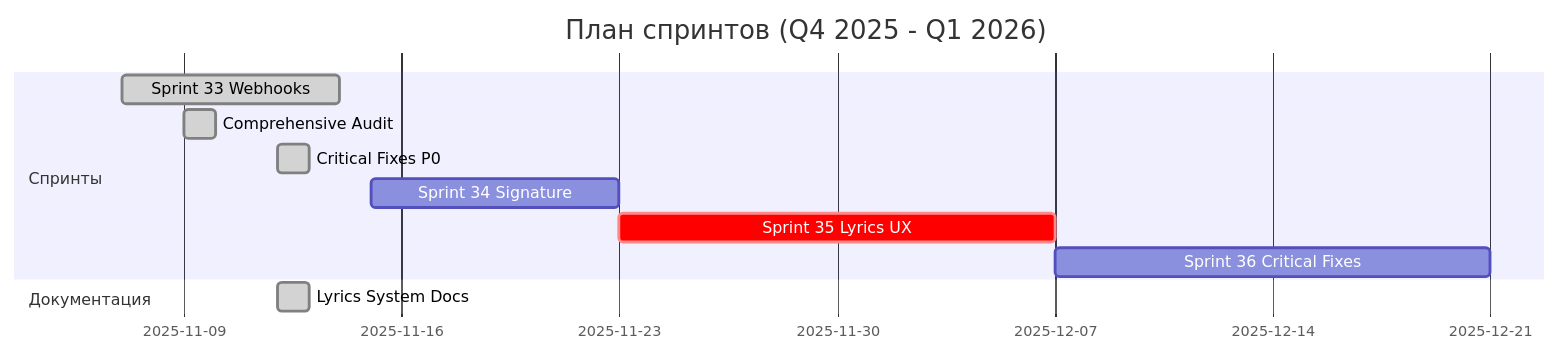
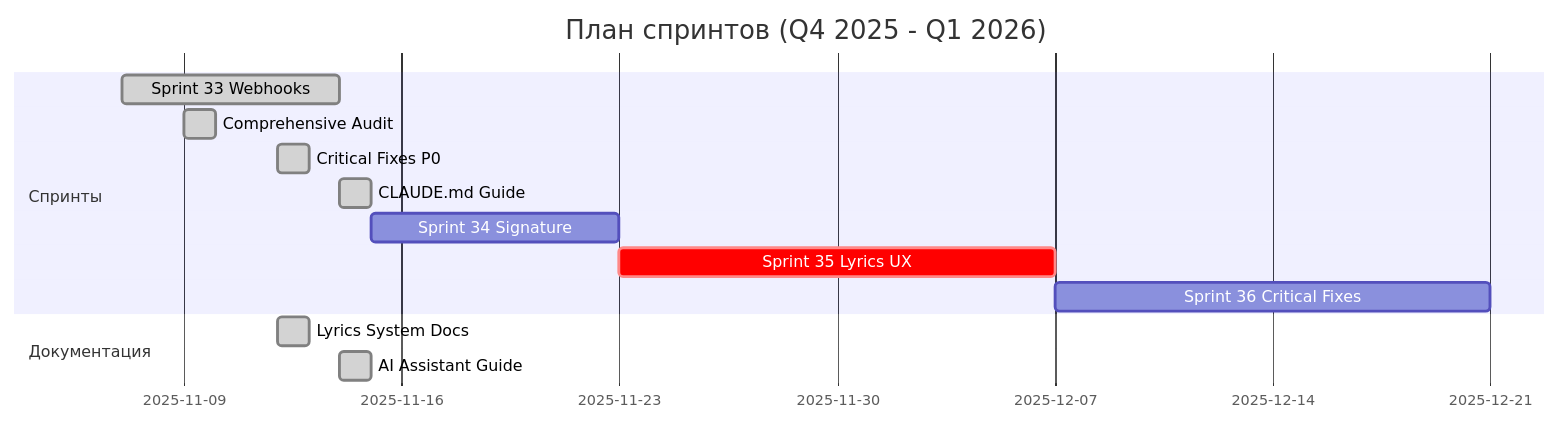
The diagram in project-management/SPRINT_STATUS.md (HOW2AI-AGENCY/albert3-muse-synth-studio), drawn with Mermaid before and after one commit. The commit also changed other lines of this file and 3 other files, not shown here.

````diff
--- a/project-management/SPRINT_STATUS.md
+++ b/project-management/SPRINT_STATUS.md
@@ -18,14 +19,16 @@
 ```mermaid
 gantt
     title План спринтов (Q4 2025 - Q1 2026)
     dateFormat  YYYY-MM-DD
     section Спринты
     Sprint 33 Webhooks :done, 2025-11-07, 7d
     Comprehensive Audit :done, 2025-11-09, 1d
     Critical Fixes P0 :done, 2025-11-12, 1d
+    CLAUDE.md Guide :done, 2025-11-14, 1d
     Sprint 34 Signature :2025-11-15, 8d
     Sprint 35 Lyrics UX :crit, 2025-11-23, 14d
     Sprint 36 Critical Fixes :2025-12-07, 14d
     section Документация
     Lyrics System Docs :done, 2025-11-12, 1d
+    AI Assistant Guide :done, 2025-11-14, 1d
 ```
````
